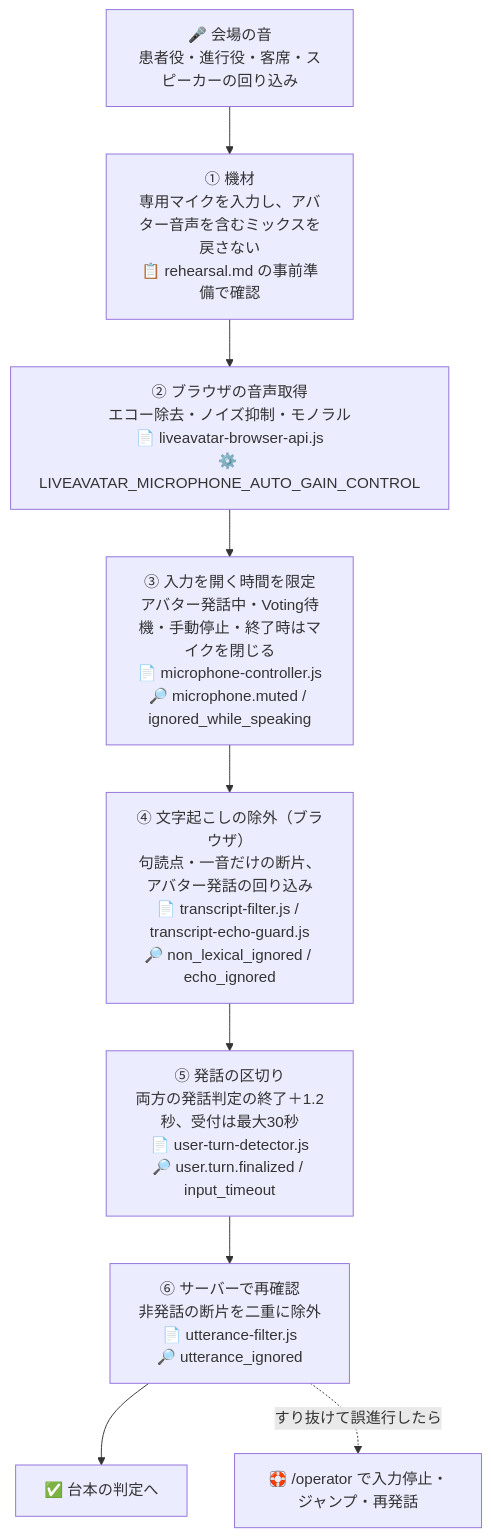
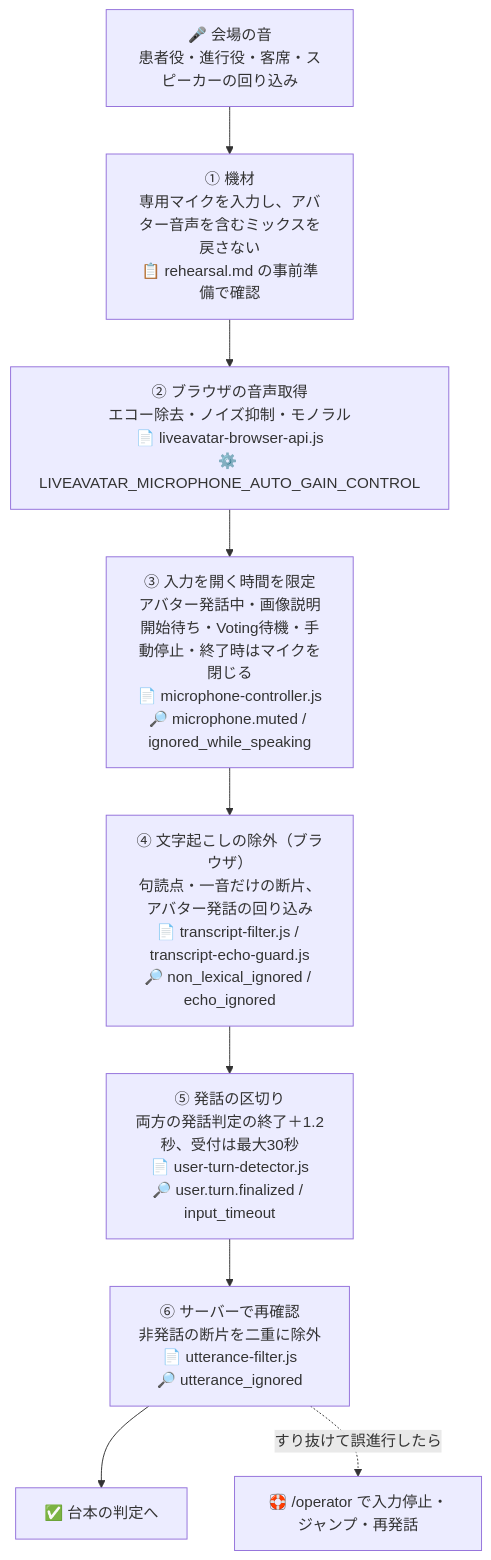
One commit to Kohei-Arita/yamamoto-avatar-scenario changed the second of 3 diagrams in README.md. Above: the diagram before and after it, drawn with Mermaid. The commit also changed other lines of this file and 20 other files, not shown here.

````diff
--- a/README.md
+++ b/README.md
@@ -147,12 +148,12 @@
 ```mermaid
 flowchart TD
   M["🎤 会場の音<br/>患者役・進行役・客席・スピーカーの回り込み"]
   M --> L1["① 機材<br/>専用マイクを入力し、アバター音声を含むミックスを戻さない<br/>📋 rehearsal.md の事前準備で確認"]
   L1 --> L2["② ブラウザの音声取得<br/>エコー除去・ノイズ抑制・モノラル<br/>📄 liveavatar-browser-api.js<br/>⚙️ LIVEAVATAR_MICROPHONE_AUTO_GAIN_CONTROL"]
-  L2 --> L3["③ 入力を開く時間を限定<br/>アバター発話中・Voting待機・手動停止・終了時はマイクを閉じる<br/>📄 microphone-controller.js<br/>🔎 microphone.muted / ignored_while_speaking"]
+  L2 --> L3["③ 入力を開く時間を限定<br/>アバター発話中・画像説明開始待ち・Voting待機・手動停止・終了時はマイクを閉じる<br/>📄 microphone-controller.js<br/>🔎 microphone.muted / ignored_while_speaking"]
   L3 --> L4["④ 文字起こしの除外（ブラウザ）<br/>句読点・一音だけの断片、アバター発話の回り込み<br/>📄 transcript-filter.js / transcript-echo-guard.js<br/>🔎 non_lexical_ignored / echo_ignored"]
   L4 --> L5["⑤ 発話の区切り<br/>両方の発話判定の終了＋1.2秒、受付は最大30秒<br/>📄 user-turn-detector.js<br/>🔎 user.turn.finalized / input_timeout"]
   L5 --> L6["⑥ サーバーで再確認<br/>非発話の断片を二重に除外<br/>📄 utterance-filter.js<br/>🔎 utterance_ignored"]
   L6 --> OK["✅ 台本の判定へ"]
   L6 -. すり抜けて誤進行したら .-> OPS["🛟 /operator で入力停止・ジャンプ・再発話"]
 ```
````
